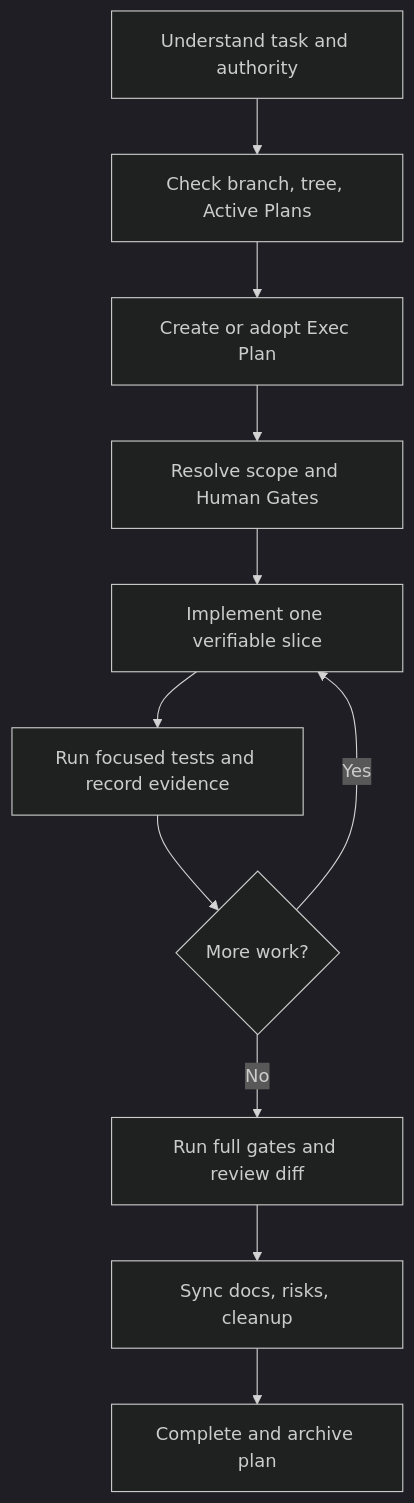
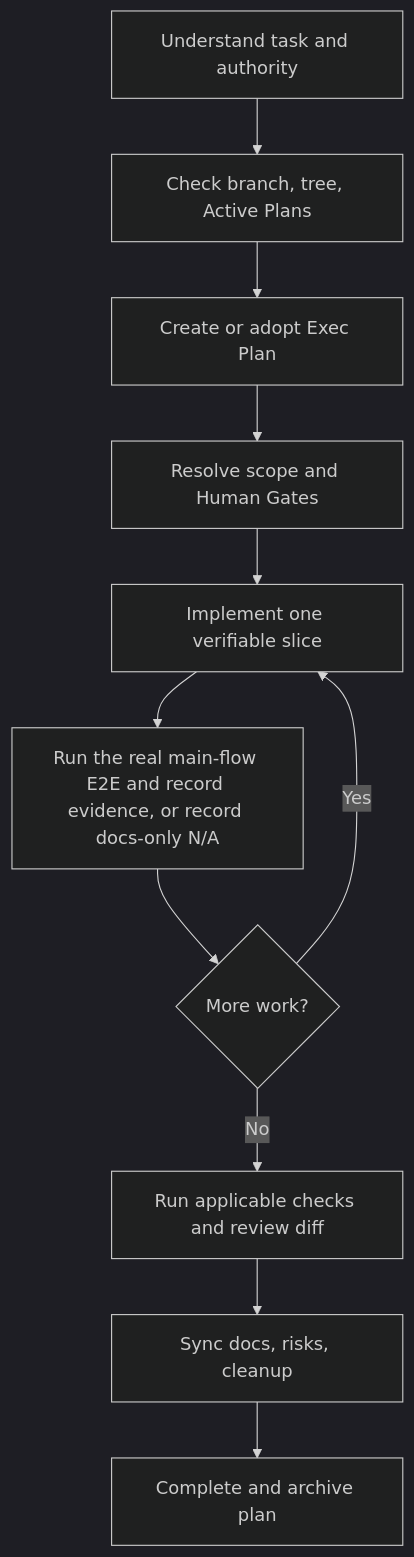
Before and after one commit to atomlink-ye/agent-server: the diagram in docs/agents/work-lifecycle.md, drawn with Mermaid (dark theme). The commit also changed other lines of this file and 9 other files, not shown here.

````diff
--- a/docs/agents/work-lifecycle.md
+++ b/docs/agents/work-lifecycle.md
@@ -3,13 +3,13 @@
 ```mermaid
 flowchart TD
     A["Understand task and authority"] --> B["Check branch, tree, Active Plans"]
     B --> C["Create or adopt Exec Plan"]
     C --> D["Resolve scope and Human Gates"]
     D --> E["Implement one verifiable slice"]
-    E --> F["Run focused tests and record evidence"]
+    E --> F["Run the real main-flow E2E and record evidence, or record docs-only N/A"]
     F --> G{"More work?"}
     G -->|Yes| E
-    G -->|No| H["Run full gates and review diff"]
+    G -->|No| H["Run applicable checks and review diff"]
     H --> I["Sync docs, risks, cleanup"]
     I --> J["Complete and archive plan"]
 ```
````
